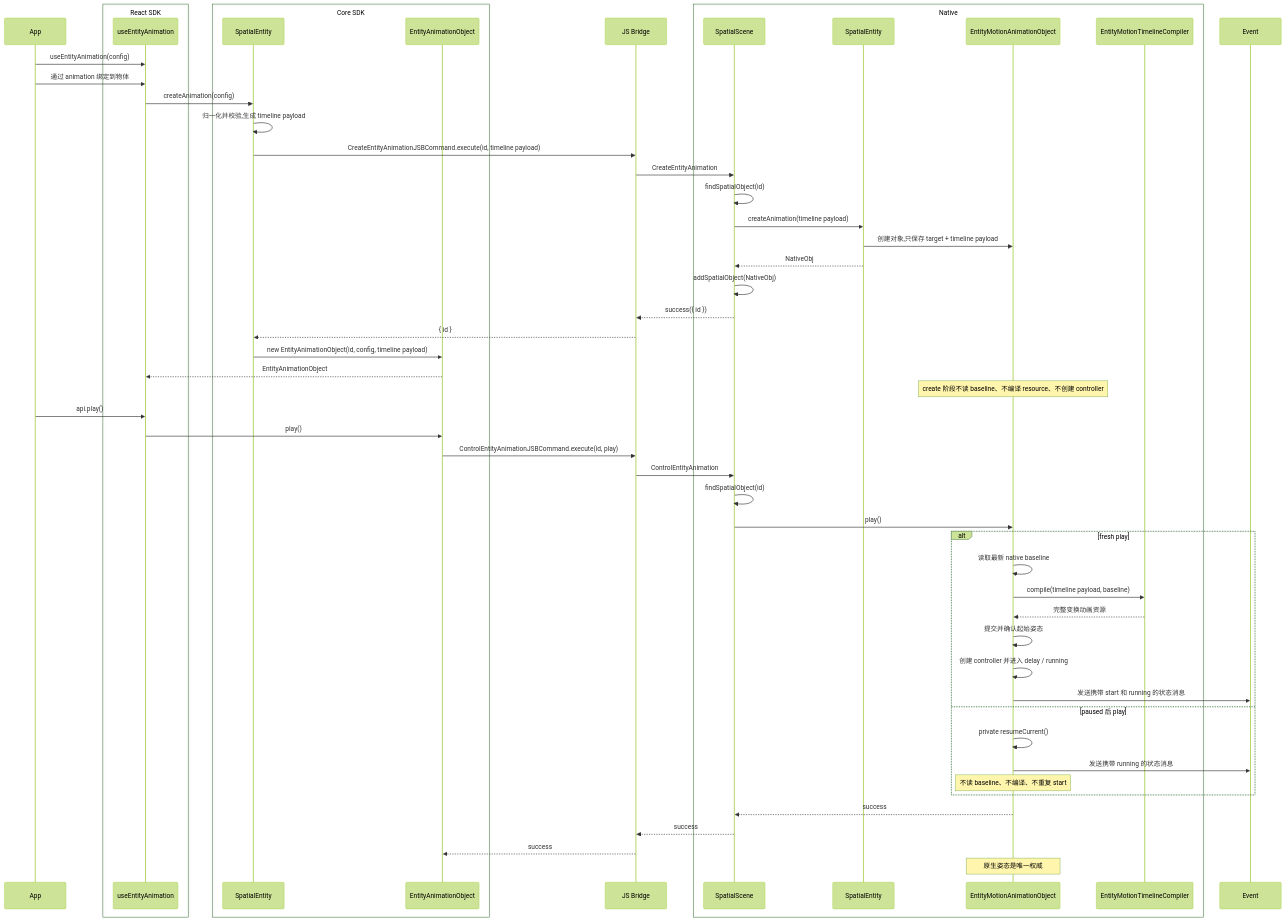
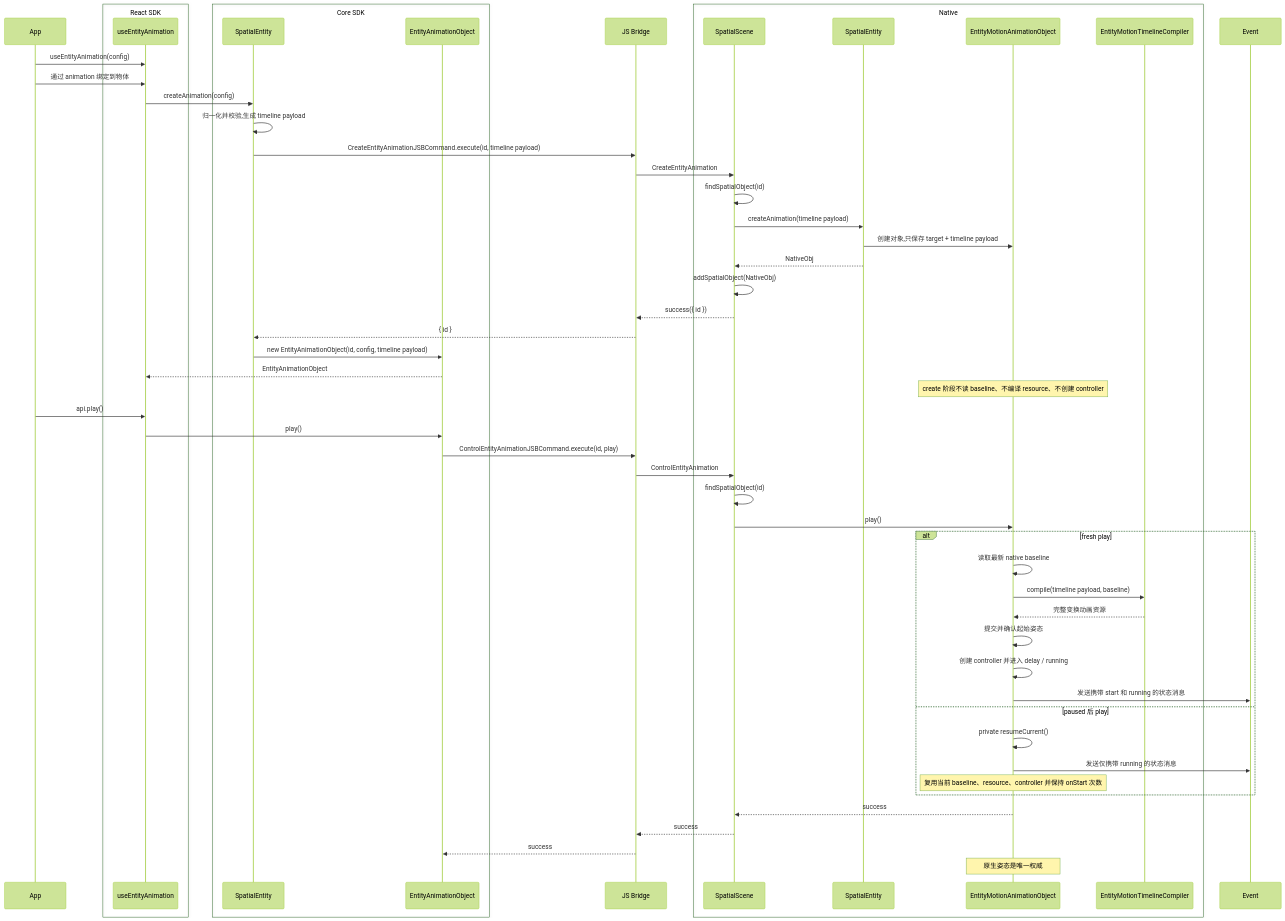
The third of 14 diagrams in openspec/changes/redesign-entity-motion-api/design.zh.md (webspatial/webspatial-sdk), drawn with Mermaid (forest theme) before and after one commit. The commit also changed other lines of this file and 5 other files, not shown here.

````diff
--- a/openspec/changes/redesign-entity-motion-api/design.zh.md
+++ b/openspec/changes/redesign-entity-motion-api/design.zh.md
@@ -310,57 +310,57 @@
 ```mermaid
 sequenceDiagram
     participant App
     box React SDK
         participant Hook as useEntityAnimation
     end
     box Core SDK
         participant Entity as SpatialEntity
         participant Obj as EntityAnimationObject
     end
     participant Bridge as JS Bridge
     box Native
         participant Scene as SpatialScene
         participant NativeEntity as SpatialEntity
         participant NativeObj as EntityMotionAnimationObject
         participant Compiler as EntityMotionTimelineCompiler
     end
 
     App->>Hook: useEntityAnimation(config)
     App->>Hook: 通过 animation 绑定到物体
     Hook->>Entity: createAnimation(config)
     Entity->>Entity: 归一化并校验,生成 timeline payload
     Entity->>Bridge: CreateEntityAnimationJSBCommand.execute(id, timeline payload)
     Bridge->>Scene: CreateEntityAnimation
     Scene->>Scene: findSpatialObject(id)
     Scene->>NativeEntity: createAnimation(timeline payload)
     NativeEntity->>NativeObj: 创建对象,只保存 target + timeline payload
     NativeEntity-->>Scene: NativeObj
     Scene->>Scene: addSpatialObject(NativeObj)
     Scene-->>Bridge: success({ id })
     Bridge-->>Entity: { id }
     Entity->>Obj: new EntityAnimationObject(id, config, timeline payload)
     Obj-->>Hook: EntityAnimationObject
     Note over NativeObj: create 阶段不读 baseline、不编译 resource、不创建 controller
     App->>Hook: api.play()
     Hook->>Obj: play()
     Obj->>Bridge: ControlEntityAnimationJSBCommand.execute(id, play)
     Bridge->>Scene: ControlEntityAnimation
     Scene->>Scene: findSpatialObject(id)
     Scene->>NativeObj: play()
     alt fresh play
         NativeObj->>NativeObj: 读取最新 native baseline
         NativeObj->>Compiler: compile(timeline payload, baseline)
         Compiler-->>NativeObj: 完整变换动画资源
         NativeObj->>NativeObj: 提交并确认起始姿态
         NativeObj->>NativeObj: 创建 controller 并进入 delay / running
         NativeObj->>Event: 发送携带 start 和 running 的状态消息
     else paused 后 play
         NativeObj->>NativeObj: private resumeCurrent()
-        NativeObj->>Event: 发送携带 running 的状态消息
-        Note over NativeObj: 不读 baseline、不编译、不重复 start
+        NativeObj->>Event: 发送仅携带 running 的状态消息
+        Note over NativeObj: 复用当前 baseline、resource、controller 并保持 onStart 次数
     end
     NativeObj-->>Scene: success
     Scene-->>Bridge: success
     Bridge-->>Obj: success
     Note over NativeObj: 原生姿态是唯一权威
 ```
````
